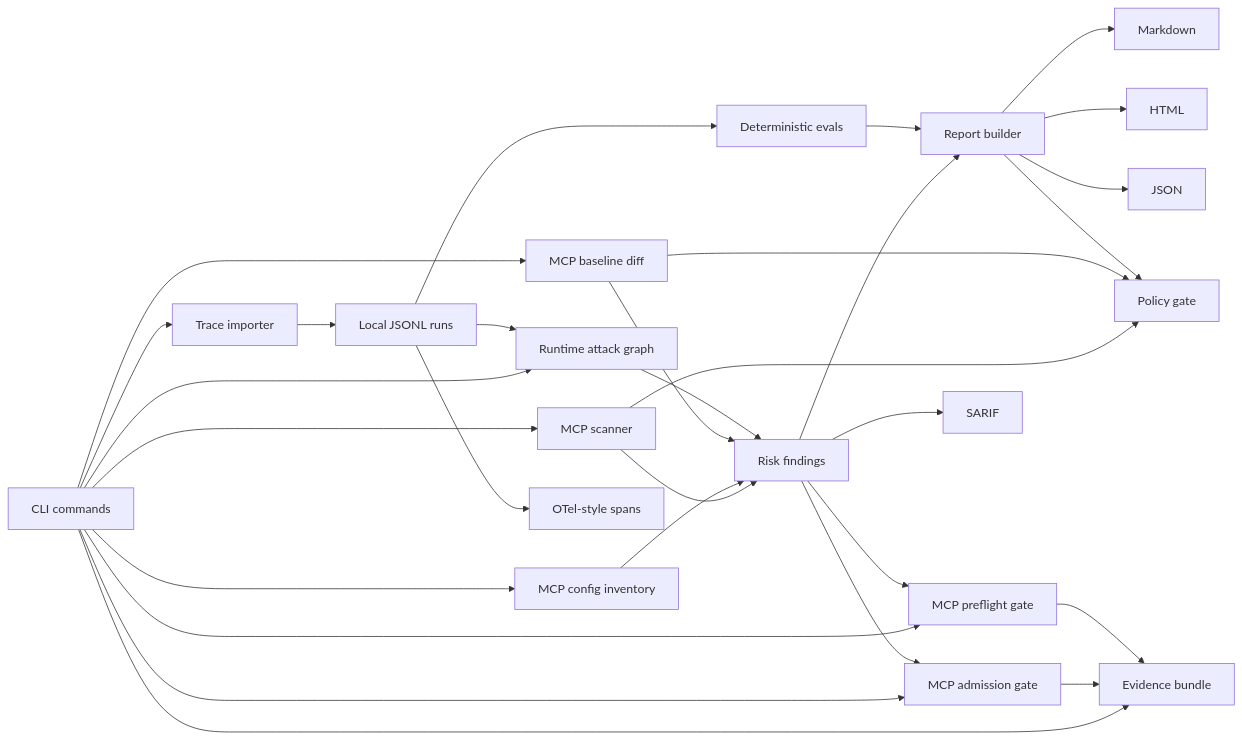
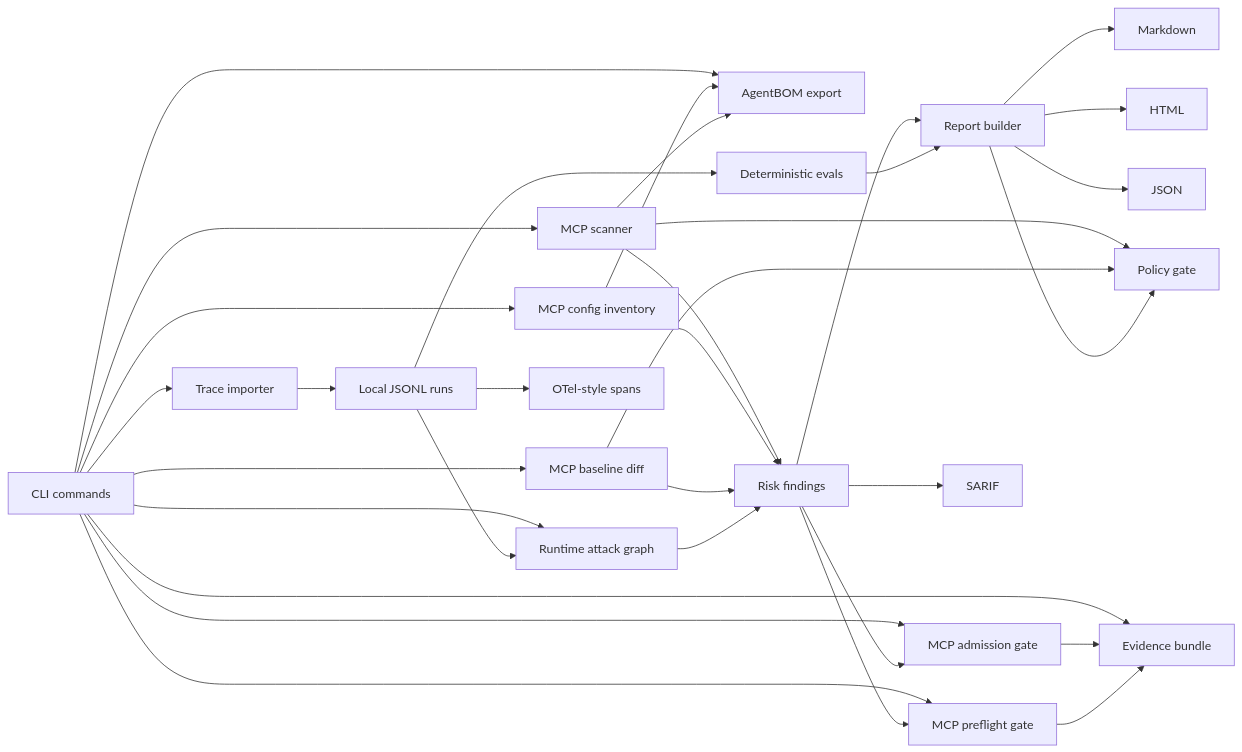
One commit to Gowrav-M/agentops-watchtower changed the diagram in docs/architecture.md. Above: the diagram before and after it, drawn with Mermaid. The commit also changed other lines of this file and 15 other files, not shown here.

Commit message:
feat: add agent bill of materials export

````diff
--- a/docs/architecture.md
+++ b/docs/architecture.md
@@ -5,32 +5,35 @@
 ```mermaid
 flowchart LR
   CLI["CLI commands"] --> Importer["Trace importer"]
   CLI --> Scanner["MCP scanner"]
   CLI --> Inventory["MCP config inventory"]
+  CLI --> AgentBOM["AgentBOM export"]
   CLI --> Baseline["MCP baseline diff"]
   CLI --> Admission["MCP admission gate"]
   CLI --> Gate["MCP preflight gate"]
   CLI --> AttackGraph["Runtime attack graph"]
   CLI --> Evidence["Evidence bundle"]
   Importer --> Runs["Local JSONL runs"]
   Scanner --> Findings["Risk findings"]
   Inventory --> Findings
+  Inventory --> AgentBOM
+  Scanner --> AgentBOM
   Baseline --> Findings
   Findings --> Admission
   Findings --> Gate
   Admission --> Evidence
   Gate --> Evidence
   Runs --> Evals["Deterministic evals"]
   Runs --> AttackGraph
   AttackGraph --> Findings
   Findings --> Report["Report builder"]
   Evals --> Report
   Report --> Markdown["Markdown"]
   Report --> HTML["HTML"]
   Report --> JSON["JSON"]
   Runs --> OTel["OTel-style spans"]
   Findings --> SARIF["SARIF"]
   Scanner --> Policy["Policy gate"]
   Baseline --> Policy
   Report --> Policy
 ```
````
